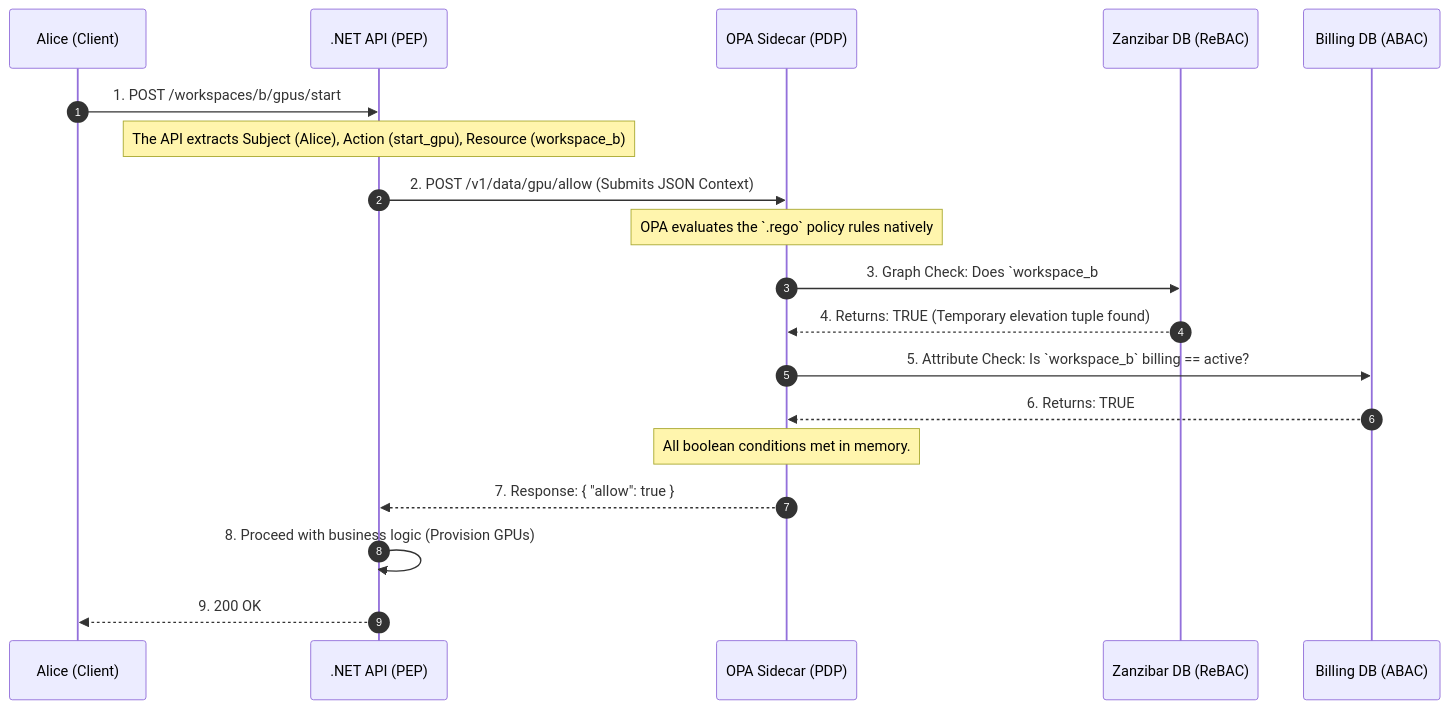
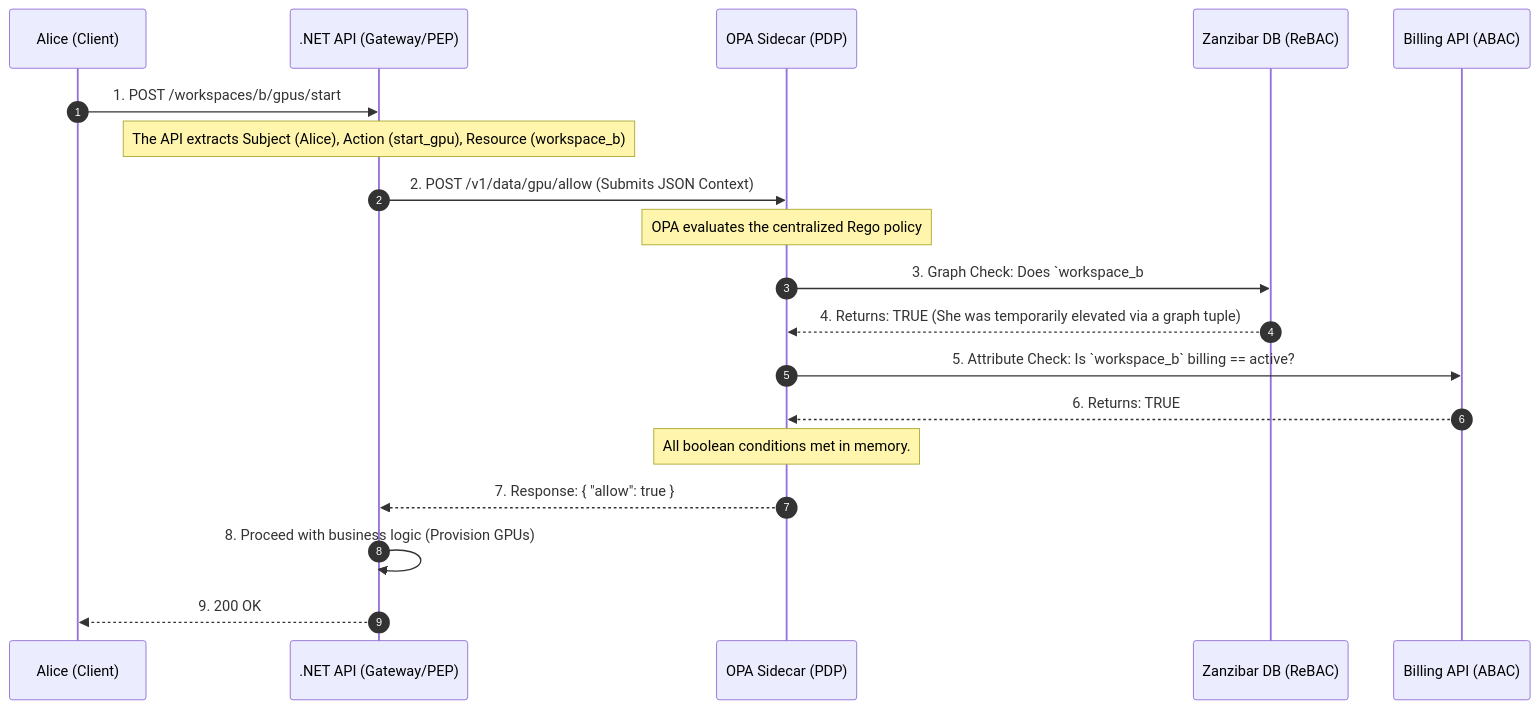
Before and after one commit to nirajp82/IdentityAccessManagement_IAM: the diagram in Quiz/02-Advanced-Authorization-Policy-Engine.md, drawn with Mermaid. The commit also changed other lines of this file, not shown here.

````diff
--- a/Quiz/02-Advanced-Authorization-Policy-Engine.md
+++ b/Quiz/02-Advanced-Authorization-Policy-Engine.md
@@ -60,30 +63,30 @@
 ```mermaid
 sequenceDiagram
     autonumber
     participant Alice as Alice (Client)
-    participant API as .NET API (PEP)
+    participant API as .NET API (Gateway/PEP)
     participant OPA as OPA Sidecar (PDP)
     participant SpiceDB as Zanzibar DB (ReBAC)
-    participant Billing as Billing DB (ABAC)
+    participant Billing as Billing API (ABAC)
 
     Alice->>API: 1. POST /workspaces/b/gpus/start
     
     Note over API: The API extracts Subject (Alice), Action (start_gpu), Resource (workspace_b)
     
     API->>OPA: 2. POST /v1/data/gpu/allow (Submits JSON Context)
     
-    Note over OPA: OPA evaluates the `.rego` policy rules natively
+    Note over OPA: OPA evaluates the centralized Rego policy
     
     OPA->>SpiceDB: 3. Graph Check: Does `workspace_b#admin@alice` exist?
-    SpiceDB-->>OPA: 4. Returns: TRUE (Temporary elevation tuple found)
+    SpiceDB-->>OPA: 4. Returns: TRUE (She was temporarily elevated via a graph tuple)
     
     OPA->>Billing: 5. Attribute Check: Is `workspace_b` billing == active?
     Billing-->>OPA: 6. Returns: TRUE
     
     Note over OPA: All boolean conditions met in memory.
     OPA-->>API: 7. Response: { "allow": true }
     
     API->>API: 8. Proceed with business logic (Provision GPUs)
     API-->>Alice: 9. 200 OK
 
 ```
````
